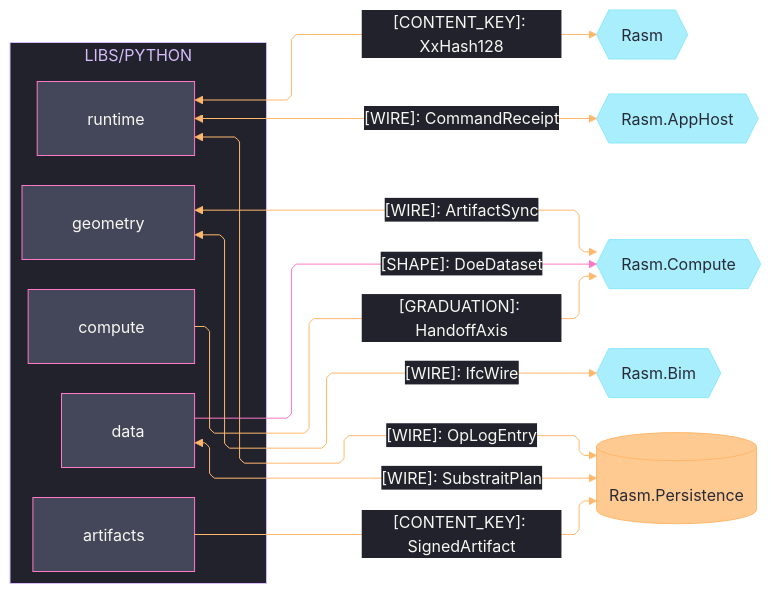
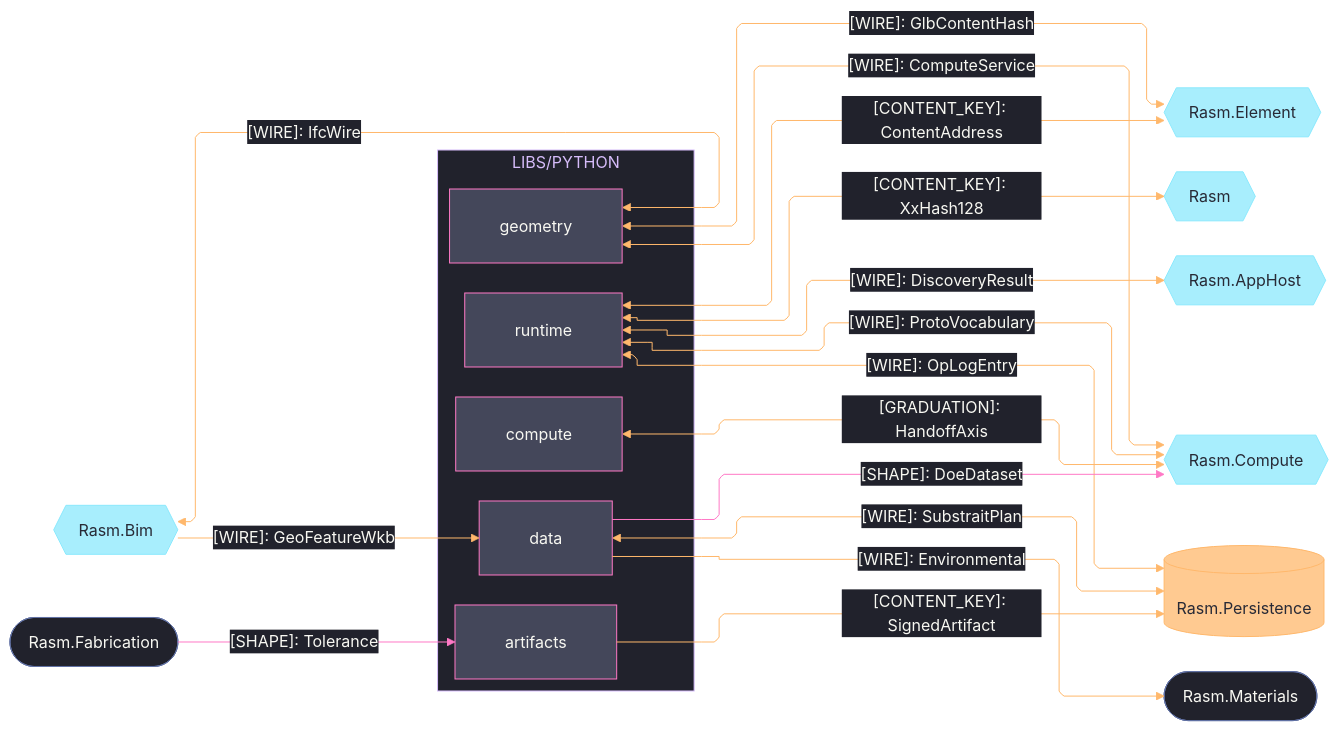
One commit to bsamiee/Rasm changed the second of 2 diagrams in libs/python/.planning/ARCHITECTURE.md. Above: the diagram before and after it, drawn with Mermaid. The commit also changed other lines of this file and 24 other files, not shown here.

Commit message:
architecture: seam registries + codemaps aligned across the estate (worker fabric edges, scene rows, csharp/ts seam mirrors)

````diff
--- a/libs/python/.planning/ARCHITECTURE.md
+++ b/libs/python/.planning/ARCHITECTURE.md
@@ -18,62 +104,73 @@
 ```mermaid
 ---
 config:
   theme: base
   look: classic
   layout: elk
   flowchart:
     curve: linear
     padding: 25
   themeVariables:
     darkMode: true
     fontFamily: "SF Mono, Menlo, Cascadia Mono, Segoe UI Mono, Consolas, monospace"
     useGradient: false
     dropShadow: "none"
     background: "#282A36"
     primaryColor: "#44475A"
     primaryTextColor: "#F8F8F2"
     primaryBorderColor: "#BD93F9"
     lineColor: "#FF79C6"
     textColor: "#F8F8F2"
     clusterBkg: "#21222C"
     clusterBorder: "#D6BCFA"
     edgeLabelBackground: "#21222C"
     labelBackgroundColor: "#21222C"
     titleColor: "#D6BCFA"
   themeCSS: ".nodeLabel{font-size:13px;font-weight:500}.edgeLabel{font-size:12px;font-weight:500}.cluster-label .nodeLabel{font-size:13.5px;font-weight:700;letter-spacing:.08em}.edge-thickness-normal{stroke-width:2px}.edge-thickness-thick{stroke-width:3px}.edge-pattern-dashed,.edge-pattern-dotted{stroke-width:1.5px;stroke-dasharray:4 6}.node rect,.node circle,.node polygon,.node path,.node .outer-path{stroke-width:1.5px;filter:none!important}.cluster rect{stroke-width:1px!important;stroke-dasharray:5 4!important;filter:none!important}.marker path{transform:scale(.8);transform-origin:5px 5px}.marker circle{transform:scale(.48);transform-origin:5px 5px}.edgeLabel rect{transform-box:fill-box;transform-origin:center;transform:scale(1.1,1.2)}"
 ---
 flowchart LR
-    accTitle: Python branch seam registry
-    accDescr: Python branch package owners exchanging content keys, wires, shapes, and graduation evidence with the C# kernel, app host, persistence, compute, and Bim packages, edge rails colored by kind and nodes classed by seam direction.
+    accTitle: Python branch C# seam registry
+    accDescr: Python packages exchanging kinded contract shapes with their C# counterparts — data-bearing kinds on the orange rail, shape contracts on the pink rail — persistence as the one data store, bidirectional peers as hexagons, one-way sources and sinks as stadiums.
     subgraph python[LIBS/PYTHON]
+        Geometry[geometry]
         Runtime[runtime]
         Compute[compute]
         Data[data]
-        Geometry[geometry]
         Artifacts[artifacts]
     end
+    Bim{{Rasm.Bim}}
+    Element{{Rasm.Element}}
     Rasm{{Rasm}}
     AppHost{{Rasm.AppHost}}
     RasmCompute{{Rasm.Compute}}
-    Bim{{Rasm.Bim}}
     Persistence[(Rasm.Persistence)]
+    Materials([Rasm.Materials])
+    Fabrication([Rasm.Fabrication])
+    Geometry e12@<-->|"[WIRE]: IfcWire"| Bim
+    Geometry e13@<-->|"[WIRE]: GlbContentHash"| Element
+    Geometry e11@<-->|"[WIRE]: ComputeService"| RasmCompute
+    Runtime e5@<-->|"[CONTENT_KEY]: ContentAddress"| Element
     Runtime e1@<-->|"[CONTENT_KEY]: XxHash128"| Rasm
-    Runtime e2@<-->|"[WIRE]: CommandReceipt"| AppHost
+    Runtime e2@<-->|"[WIRE]: DiscoveryResult"| AppHost
+    Runtime e4@<-->|"[WIRE]: ProtoVocabulary"| RasmCompute
     Runtime e3@<-->|"[WIRE]: OpLogEntry"| Persistence
-    Data e4@<-->|"[WIRE]: SubstraitPlan"| Persistence
-    Data e5@-->|"[SHAPE]: DoeDataset"| RasmCompute
-    Compute e6@-->|"[GRADUATION]: HandoffAxis"| RasmCompute
-    Geometry e7@<-->|"[WIRE]: IfcWire"| Bim
-    Geometry e8@<-->|"[WIRE]: ArtifactSync"| RasmCompute
-    Artifacts e9@-->|"[CONTENT_KEY]: SignedArtifact"| Persistence
+    Compute e10@<-->|"[GRADUATION]: HandoffAxis"| RasmCompute
+    Data e7@-->|"[SHAPE]: DoeDataset"| RasmCompute
+    Data e6@<-->|"[WIRE]: SubstraitPlan"| Persistence
+    Data e8@-->|"[WIRE]: Environmental"| Materials
+    Bim e9@-->|"[WIRE]: GeoFeatureWkb"| Data
+    Artifacts e14@-->|"[CONTENT_KEY]: SignedArtifact"| Persistence
+    Fabrication e15@-->|"[SHAPE]: Tolerance"| Artifacts
     classDef primary fill:#44475A,stroke:#FF79C6,color:#F8F8F2
     classDef external fill:#8BE9FDBF,stroke:#8BE9FD,color:#282A36
     classDef data fill:#FFB86CBF,stroke:#FFB86C,color:#282A36
+    classDef recessed fill:#21222C,stroke:#6272A4,color:#F8F8F2
     classDef edgeData stroke:#FFB86C,color:#F8F8F2
     classDef edgeControl stroke:#FF79C6,color:#F8F8F2
-    class Runtime,Compute,Data,Geometry,Artifacts primary
-    class Rasm,AppHost,RasmCompute,Bim external
+    class Runtime,Data,Compute,Geometry,Artifacts primary
+    class Rasm,AppHost,RasmCompute,Element,Bim external
     class Persistence data
-    class e1,e2,e3,e4,e6,e7,e8,e9 edgeData
-    class e5 edgeControl
+    class Materials,Fabrication recessed
+    class e1,e2,e3,e4,e5,e6,e8,e9,e10,e11,e12,e13,e14 edgeData
+    class e7,e15 edgeControl
 ```
````
